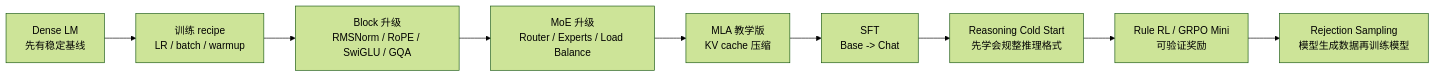
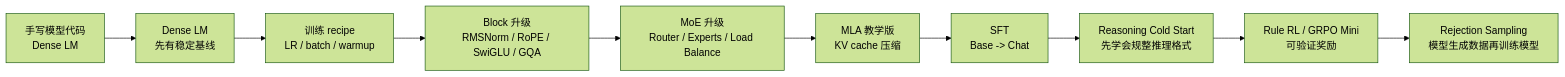
Before and after one commit to legend91019/TinySeek-Lab: the diagram in docs/zh/02_training_roadmap.md, drawn with Mermaid (forest theme). The commit also changed 8 other files, not shown here.

````diff
--- a/docs/zh/02_training_roadmap.md
+++ b/docs/zh/02_training_roadmap.md
@@ -5,11 +5,12 @@
 ```mermaid
 flowchart LR
-  A["Dense LM<br/>先有稳定基线"] --> B["训练 recipe<br/>LR / batch / warmup"]
+  Z["手写模型代码<br/>Dense LM"] --> A["Dense LM<br/>先有稳定基线"]
+  A --> B["训练 recipe<br/>LR / batch / warmup"]
   B --> C["Block 升级<br/>RMSNorm / RoPE / SwiGLU / GQA"]
   C --> D["MoE 升级<br/>Router / Experts / Load Balance"]
   D --> E["MLA 教学版<br/>KV cache 压缩"]
   E --> F["SFT<br/>Base -> Chat"]
   F --> G["Reasoning Cold Start<br/>先学会规整推理格式"]
   G --> H["Rule RL / GRPO Mini<br/>可验证奖励"]
   H --> I["Rejection Sampling<br/>模型生成数据再训练模型"]
 ```
````
